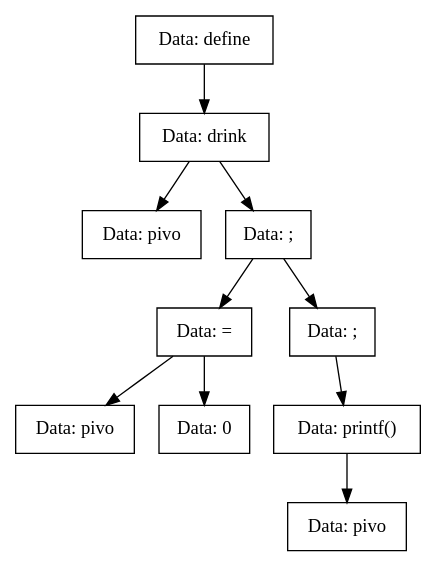
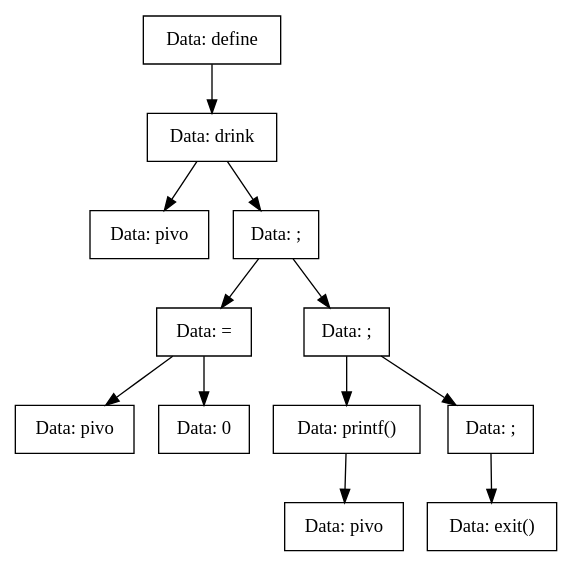
One commit to vorontsov-amd/Compiller changed the diagram in TreeDump/drink-utf8.dot. Above: the diagram before and after it, drawn with Graphviz. The commit also changed 18 other files, not shown here.

```diff
--- a/TreeDump/drink-utf8.dot
+++ b/TreeDump/drink-utf8.dot
@@ -1,21 +1,25 @@
 digraph drink{
-Node0x55bca0ae1720[shape="record", label="Data: define"];
-Node0x55bca0ae1540[shape="record", label="Data: drink"];
-Node0x55bca0ae19f0[shape="record", label="Data: pivo"];
-Node0x55bca0ae1540->Node0x55bca0ae19f0;
-Node0x55bca0ae1590[shape="record", label="Data: ;"];
-Node0x55bca0ae1900[shape="record", label="Data: ="];
-Node0x55bca0ae1860[shape="record", label="Data: pivo"];
-Node0x55bca0ae1900->Node0x55bca0ae1860;
-Node0x55bca0ae1950[shape="record", label="Data: 0"];
-Node0x55bca0ae1900->Node0x55bca0ae1950;
-Node0x55bca0ae1590->Node0x55bca0ae1900;
-Node0x55bca0ae1770[shape="record", label="Data: ;"];
-Node0x55bca0ae16d0[shape="record", label="Data: printf()"];
-Node0x55bca0ae1680[shape="record", label="Data: pivo"];
-Node0x55bca0ae16d0->Node0x55bca0ae1680;
-Node0x55bca0ae1770->Node0x55bca0ae16d0;
-Node0x55bca0ae1590->Node0x55bca0ae1770;
-Node0x55bca0ae1540->Node0x55bca0ae1590;
-Node0x55bca0ae1720->Node0x55bca0ae1540;
+Node0x559689da5e00[shape="record", label="Data: define"];
+Node0x559689da5e50[shape="record", label="Data: drink"];
+Node0x559689da5ea0[shape="record", label="Data: pivo"];
+Node0x559689da5e50->Node0x559689da5ea0;
+Node0x559689da5cc0[shape="record", label="Data: ;"];
+Node0x559689da6080[shape="record", label="Data: ="];
+Node0x559689da5fe0[shape="record", label="Data: pivo"];
+Node0x559689da6080->Node0x559689da5fe0;
+Node0x559689da64e0[shape="record", label="Data: 0"];
+Node0x559689da6080->Node0x559689da64e0;
+Node0x559689da5cc0->Node0x559689da6080;
+Node0x559689da5ef0[shape="record", label="Data: ;"];
+Node0x559689da63a0[shape="record", label="Data: printf()"];
+Node0x559689da5d10[shape="record", label="Data: pivo"];
+Node0x559689da63a0->Node0x559689da5d10;
+Node0x559689da5ef0->Node0x559689da63a0;
+Node0x559689da60d0[shape="record", label="Data: ;"];
+Node0x559689da6300[shape="record", label="Data: exit()"];
+Node0x559689da60d0->Node0x559689da6300;
+Node0x559689da5ef0->Node0x559689da60d0;
+Node0x559689da5cc0->Node0x559689da5ef0;
+Node0x559689da5e50->Node0x559689da5cc0;
+Node0x559689da5e00->Node0x559689da5e50;
 }
```
